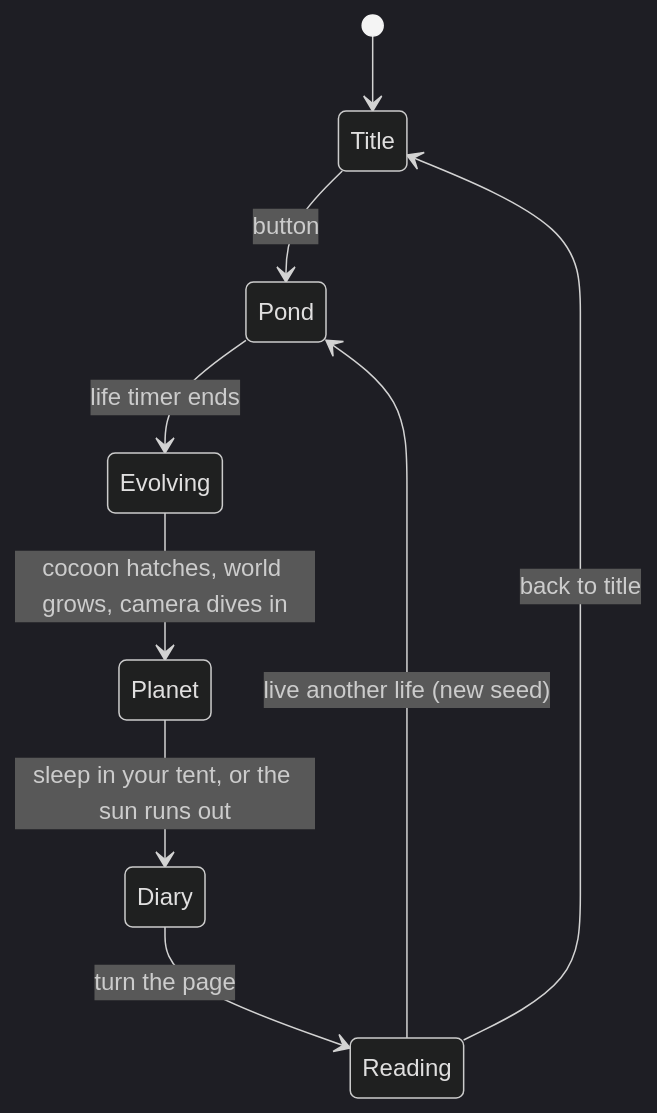
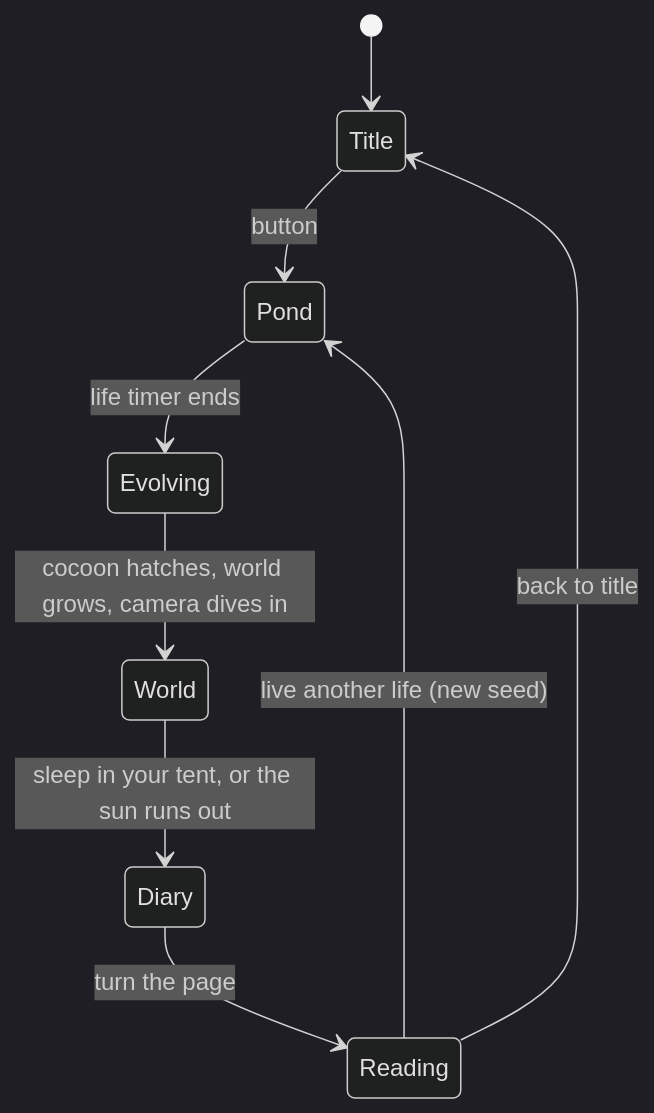
One commit to mmosle28/evol changed the diagram in README.md. Above: the diagram before and after it, drawn with Mermaid (dark theme). The commit also changed other lines of this file and 8 other files, not shown here.

First line of the commit message:
Open world from the seed instead of a tiny planet

````diff
--- a/README.md
+++ b/README.md
@@ -40,11 +40,11 @@
 ```mermaid
 stateDiagram-v2
     [*] --> Title
     Title --> Pond: button
     Pond --> Evolving: life timer ends
-    Evolving --> Planet: cocoon hatches, world grows, camera dives in
-    Planet --> Diary: sleep in your tent, or the sun runs out
+    Evolving --> World: cocoon hatches, world grows, camera dives in
+    World --> Diary: sleep in your tent, or the sun runs out
     Diary --> Reading: turn the page
     Reading --> Pond: live another life (new seed)
     Reading --> Title: back to title
 ```
````
